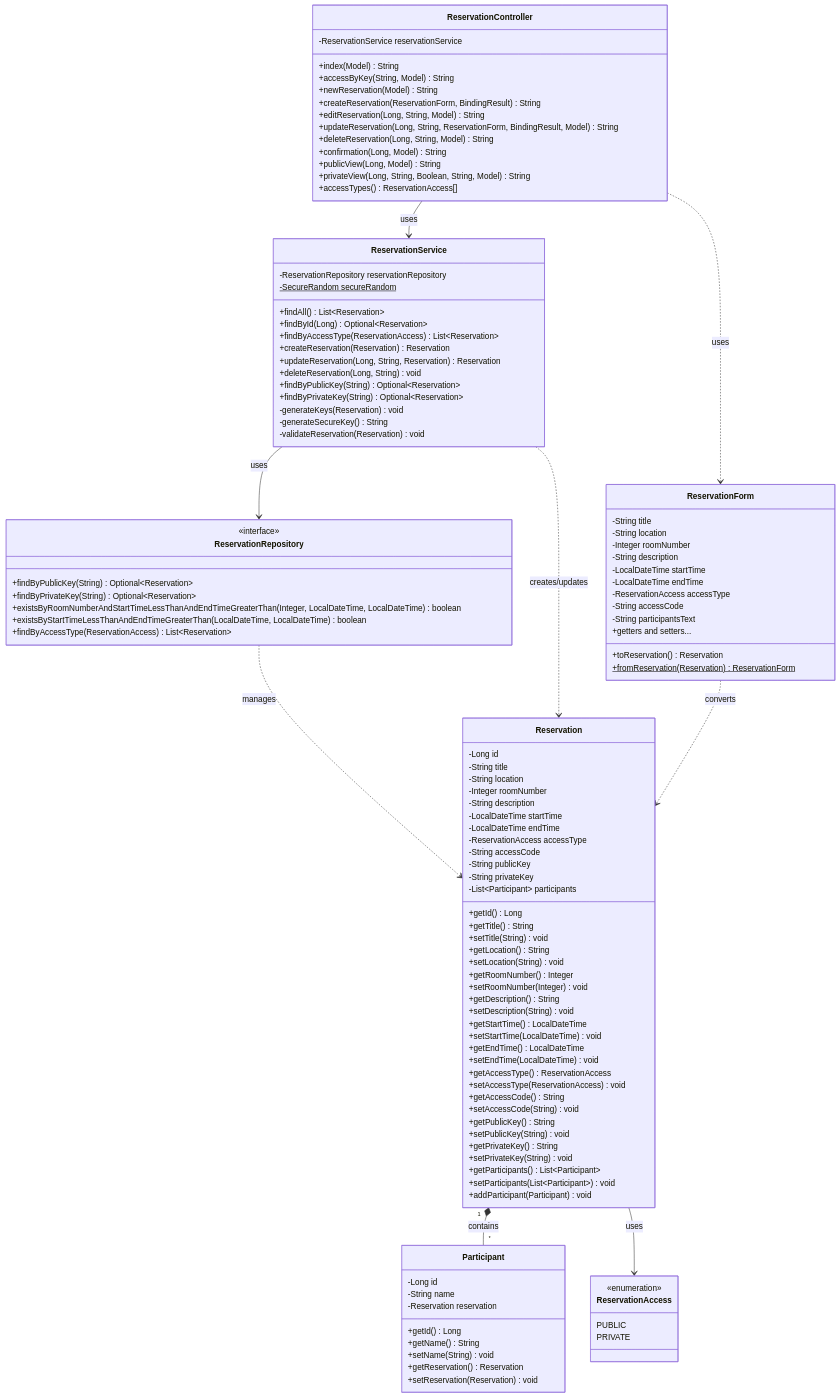
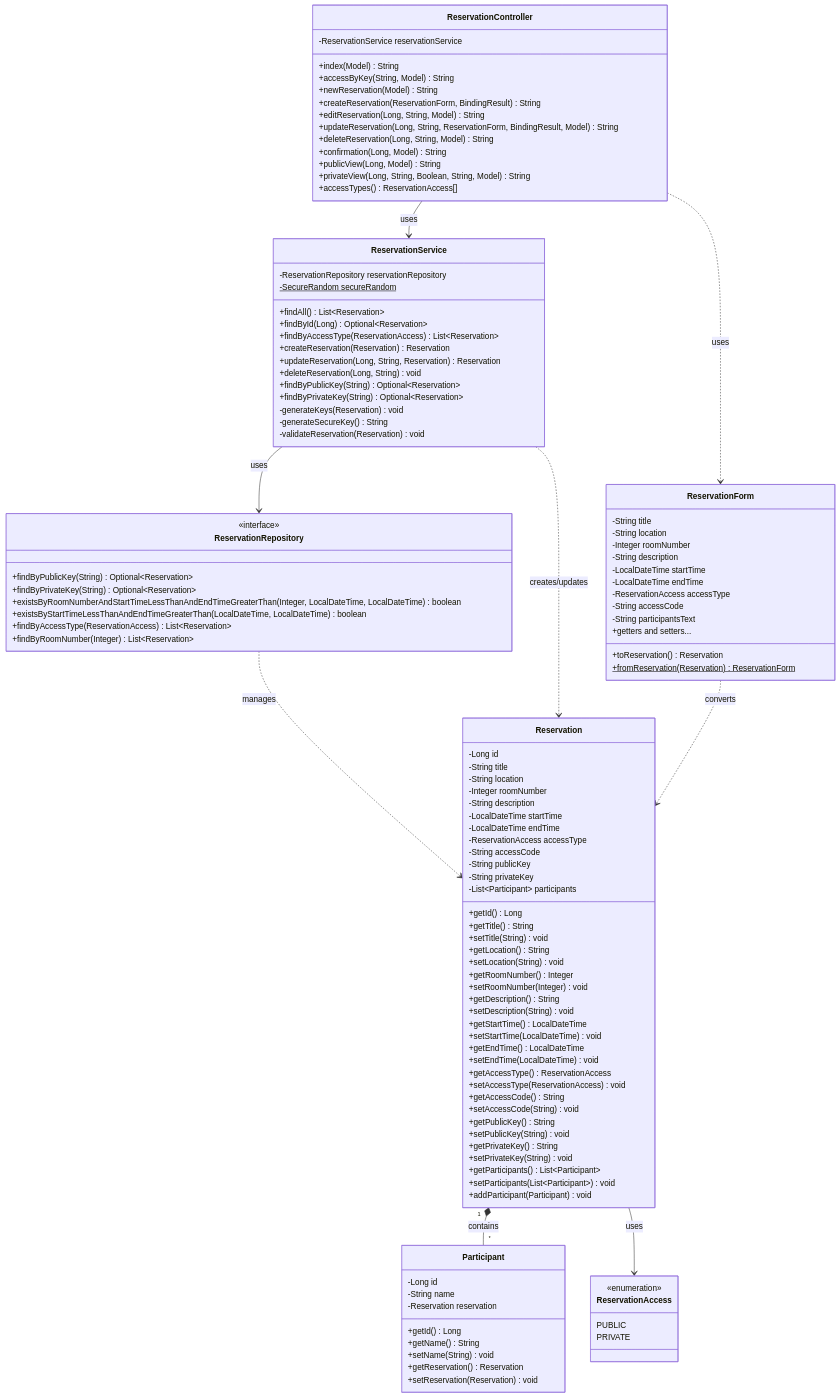
Before and after one commit to RiciYT/M223-Terminkalender: the diagram in Doku/diagrams/class-diagram.md, drawn with Mermaid.

Commit message:
Complete class diagram: add missing findByRoomNumber method

```diff
--- a/Doku/diagrams/class-diagram.md
+++ b/Doku/diagrams/class-diagram.md
@@ -65,6 +65,7 @@
         +existsByRoomNumberAndStartTimeLessThanAndEndTimeGreaterThan(Integer, LocalDateTime, LocalDateTime) boolean
         +existsByStartTimeLessThanAndEndTimeGreaterThan(LocalDateTime, LocalDateTime) boolean
         +findByAccessType(ReservationAccess) List~Reservation~
+        +findByRoomNumber(Integer) List~Reservation~
     }
     
     class ReservationService {
```
